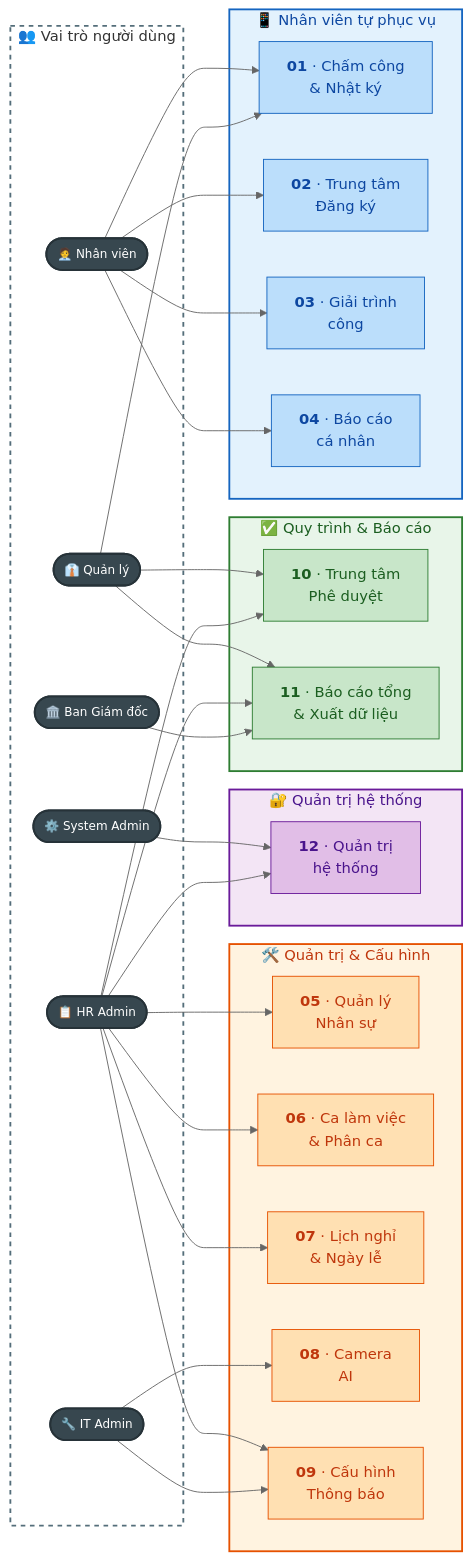
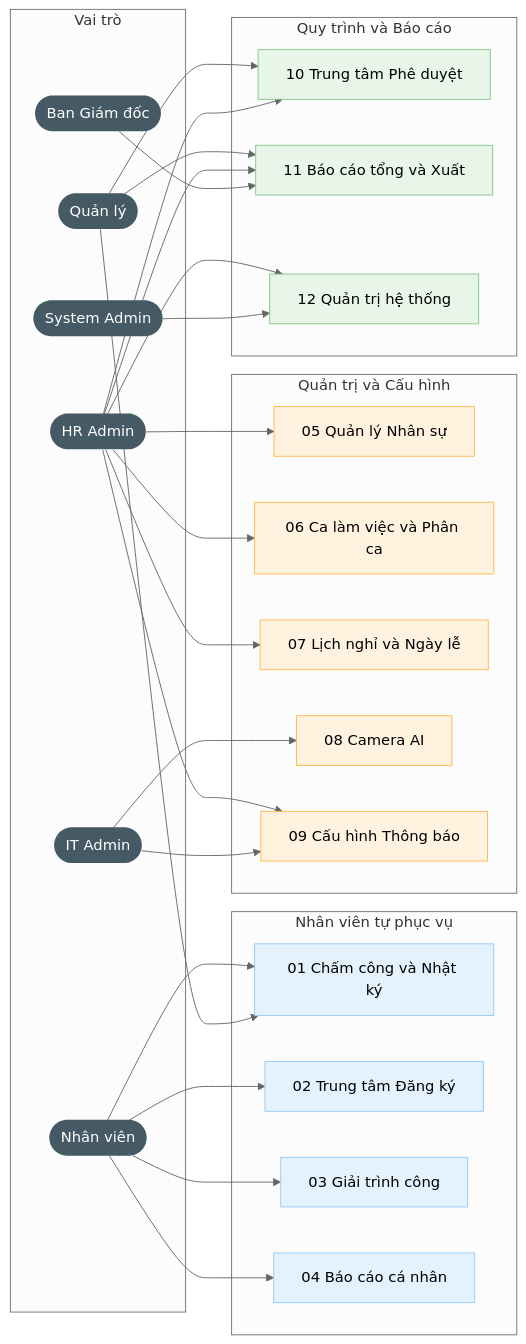
The diagram in outputs/mini-app-cham-cong/2.11-Mini-app/README.md (olbboy/BA-Kit), drawn with Mermaid (neutral theme) before and after one commit. The commit also changed 5 other files, not shown here.

First line of the commit message:
style: simplify all Mermaid diagrams — clean professional look

````diff
--- a/outputs/mini-app-cham-cong/2.11-Mini-app/README.md
+++ b/outputs/mini-app-cham-cong/2.11-Mini-app/README.md
@@ -104,61 +104,49 @@
 ```mermaid
 graph LR
-    subgraph actors [" 👥 Vai trò người dùng "]
-        NV(["🧑‍💼 Nhân viên"])
-        MGR(["👔 Quản lý"])
-        HR(["📋 HR Admin"])
-        IT(["🔧 IT Admin"])
-        BGD(["🏛️ Ban Giám đốc"])
-        SYS(["⚙️ System Admin"])
+    subgraph Vai trò
+        NV([Nhân viên])
+        MGR([Quản lý])
+        HR([HR Admin])
+        IT([IT Admin])
+        BGD([Ban Giám đốc])
+        SA([System Admin])
     end
 
-    subgraph ess [" 📱 Nhân viên tự phục vụ "]
-        M01["<b>01</b> · Chấm công<br/>& Nhật ký"]
-        M02["<b>02</b> · Trung tâm<br/>Đăng ký"]
-        M03["<b>03</b> · Giải trình<br/>công"]
-        M04["<b>04</b> · Báo cáo<br/>cá nhân"]
+    subgraph Nhân viên tự phục vụ
+        M01[01 Chấm công và Nhật ký]
+        M02[02 Trung tâm Đăng ký]
+        M03[03 Giải trình công]
+        M04[04 Báo cáo cá nhân]
     end
 
-    subgraph admin [" 🛠️ Quản trị & Cấu hình "]
-        M05["<b>05</b> · Quản lý<br/>Nhân sự"]
-        M06["<b>06</b> · Ca làm việc<br/>& Phân ca"]
-        M07["<b>07</b> · Lịch nghỉ<br/>& Ngày lễ"]
-        M08["<b>08</b> · Camera<br/>AI"]
-        M09["<b>09</b> · Cấu hình<br/>Thông báo"]
+    subgraph Quản trị và Cấu hình
+        M05[05 Quản lý Nhân sự]
+        M06[06 Ca làm việc và Phân ca]
+        M07[07 Lịch nghỉ và Ngày lễ]
+        M08[08 Camera AI]
+        M09[09 Cấu hình Thông báo]
     end
 
-    subgraph wf [" ✅ Quy trình & Báo cáo "]
-        M10["<b>10</b> · Trung tâm<br/>Phê duyệt"]
-        M11["<b>11</b> · Báo cáo tổng<br/>& Xuất dữ liệu"]
-    end
-
-    subgraph sys [" 🔐 Quản trị hệ thống "]
-        M12["<b>12</b> · Quản trị<br/>hệ thống"]
+    subgraph Quy trình và Báo cáo
+        M10[10 Trung tâm Phê duyệt]
+        M11[11 Báo cáo tổng và Xuất]
+        M12[12 Quản trị hệ thống]
     end
 
     NV --> M01 & M02 & M03 & M04
     MGR --> M01 & M10 & M11
-    HR --> M05 & M06 & M07 & M09 & M10 & M11
+    HR --> M05 & M06 & M07 & M09 & M10 & M11 & M12
     IT --> M08 & M09
     BGD --> M11
-    SYS --> M12
-    HR --> M12
+    SA --> M12
 
-    style actors fill:none,stroke:#546E7A,stroke-width:2px,stroke-dasharray:5
-    style ess fill:#E3F2FD,stroke:#1565C0,stroke-width:2px,color:#0D47A1
-    style admin fill:#FFF3E0,stroke:#E65100,stroke-width:2px,color:#BF360C
-    style wf fill:#E8F5E9,stroke:#2E7D32,stroke-width:2px,color:#1B5E20
-    style sys fill:#F3E5F5,stroke:#6A1B9A,stroke-width:2px,color:#4A148C
+    classDef actor fill:#455A64,color:#fff,stroke-width:0
+    classDef ess fill:#E3F2FD,stroke:#90CAF9
+    classDef admin fill:#FFF3E0,stroke:#FFB74D
+    classDef wf fill:#E8F5E9,stroke:#81C784
 
-    classDef actorNode fill:#37474F,color:#fff,stroke:#263238,stroke-width:2px,font-size:13px
-    classDef essNode fill:#BBDEFB,stroke:#1565C0,color:#0D47A1,stroke-width:1px
-    classDef adminNode fill:#FFE0B2,stroke:#E65100,color:#BF360C,stroke-width:1px
-    classDef wfNode fill:#C8E6C9,stroke:#2E7D32,color:#1B5E20,stroke-width:1px
-    classDef sysNode fill:#E1BEE7,stroke:#6A1B9A,color:#4A148C,stroke-width:1px
-
-    class NV,MGR,HR,IT,BGD,SYS actorNode
-    class M01,M02,M03,M04 essNode
-    class M05,M06,M07,M08,M09 adminNode
-    class M10,M11 wfNode
-    class M12 sysNode
+    class NV,MGR,HR,IT,BGD,SA actor
+    class M01,M02,M03,M04 ess
+    class M05,M06,M07,M08,M09 admin
+    class M10,M11,M12 wf
 ```
````
